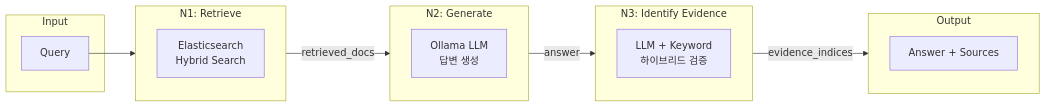
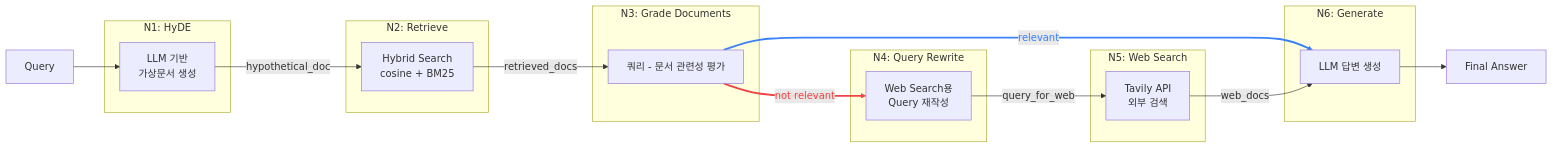
Before and after one commit to linkmind-ai/rag-project: the first of 3 diagrams in README.md, drawn with Mermaid. The commit also changed other lines of this file and 1 other file, not shown here.

Commit message:
fix: minor updates - temperature of generator model : 1.0 -> 0.7 - key features and pipeline diagram of README.md have been modified. motivation section added to README.md

````diff
--- a/README.md
+++ b/README.md
@@ -16,27 +29,52 @@
 ```mermaid
 flowchart LR
-    subgraph Input
-        Q[Query]
+
+    %% Input
+    A[Query]
+
+    %% Subgraphs
+    subgraph N1 [N1: HyDE]
+        B[LLM 기반<br>가상문서 생성]
     end
 
-    subgraph N1[N1: Retrieve]
-        ES[Elasticsearch<br/>Hybrid Search]
+    subgraph N2 [N2: Retrieve]
+        C[Hybrid Search<br>cosine + BM25]
     end
 
-    subgraph N2[N2: Generate]
-        LLM[Ollama LLM<br/>답변 생성]
+    subgraph N3 [N3: Grade Documents]
+        D[쿼리 - 문서 관련성 평가]
     end
 
-    subgraph N3[N3: Identify Evidence]
-        EV[LLM + Keyword<br/>하이브리드 검증]
+    subgraph N4 [N4: Query Rewrite]
+        E[Web Search용<br>Query 재작성]
     end
 
-    subgraph Output
-        A[Answer + Sources]
+    subgraph N5 [N5: Web Search]
+        F[Tavily API<br>외부 검색]
     end
 
-    Q --> N1
-    N1 -->|retrieved_docs| N2
-    N2 -->|answer| N3
-    N3 -->|evidence_indices| Output
+    subgraph N6 [N6: Generate]
+        G[LLM 답변 생성]
+    end
+
+    H[Final Answer]
+
+    %% Flow
+    A --> B
+    B -->|hypothetical_doc| C
+    C -->|retrieved_docs| D
+
+    %% Branching
+    D -->|relevant| G
+    D -->|not relevant| E
+
+    %% Web fallback
+    E -->|query_for_web| F
+    F -->|web_docs| G
+
+    G --> H
+
+    %% Edge coloring
+    linkStyle 3 stroke:#3b82f6,stroke-width:3px,color:#3b82f6
+    linkStyle 4 stroke:#ef4444,stroke-width:3px,color:#ef4444
 ```
````
